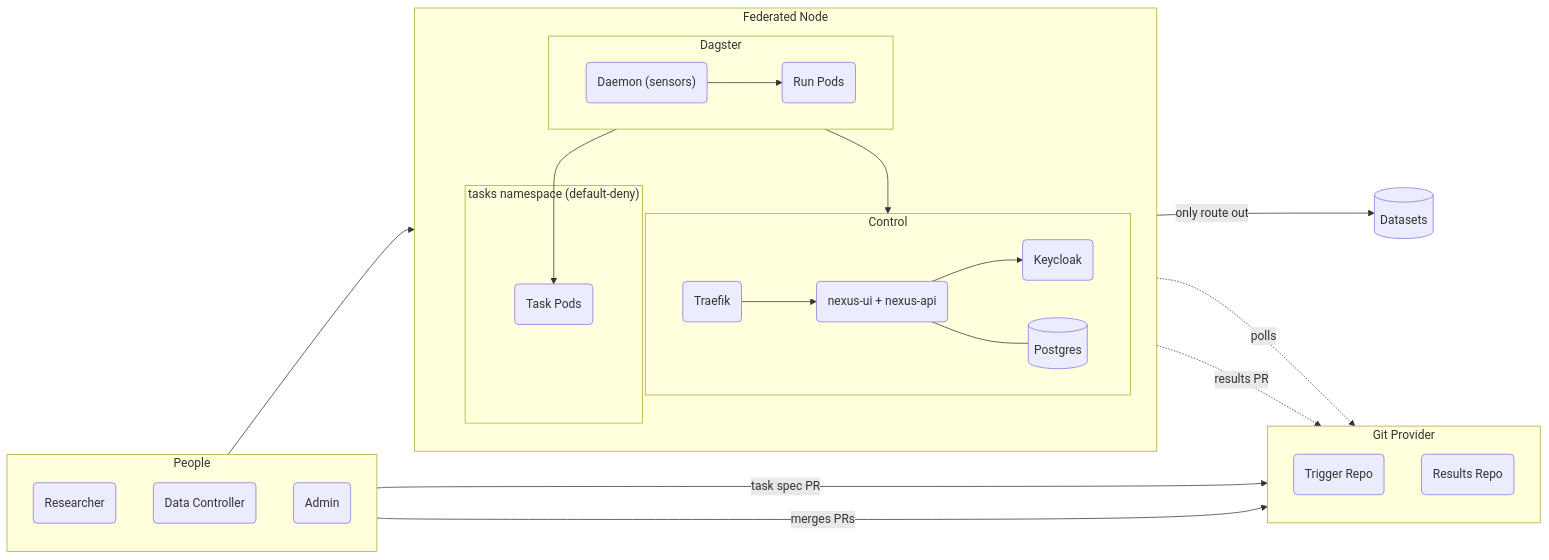
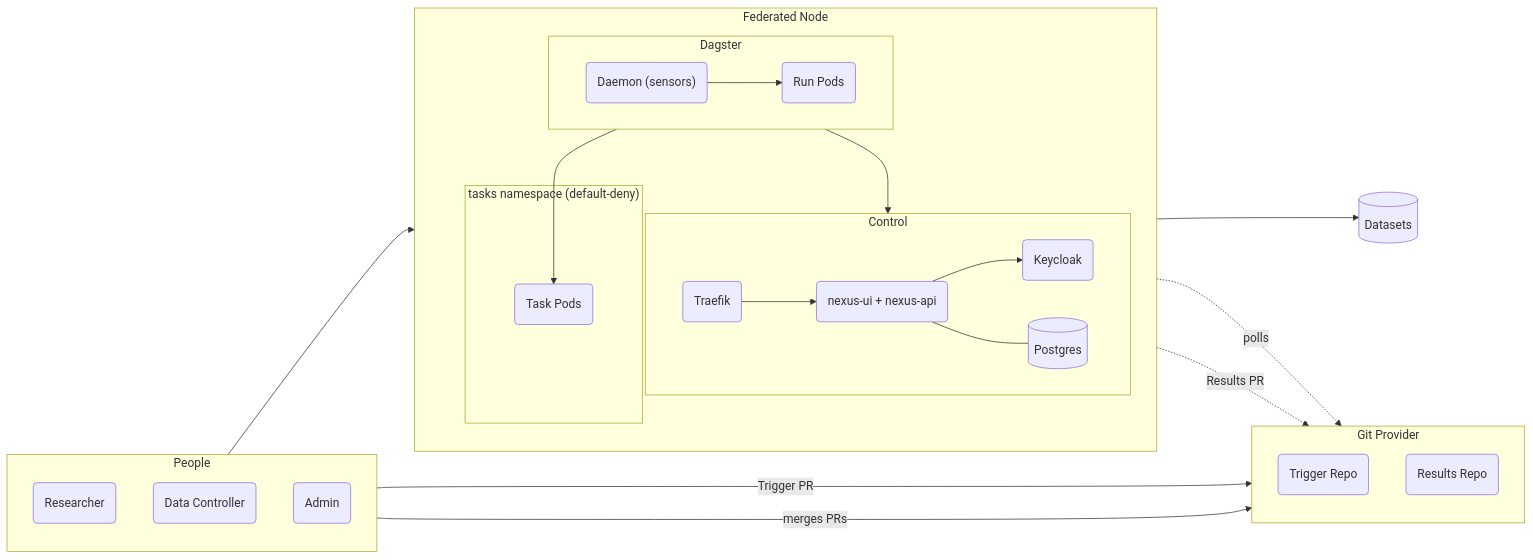
Before and after one commit to Aridhia-Open-Source/PHEMS_federated_node: the second of 2 diagrams in README.md, drawn with Mermaid. The commit also changed 1 other file, not shown here.

Commit message:
docs: architecture diagram labels: Trigger PR, Results PR, no route note

````diff
--- a/README.md
+++ b/README.md
@@ -32,42 +32,42 @@
 ```mermaid
 flowchart LR
   subgraph People["People"]
     direction TB
     Researcher("Researcher")
     DataController("Data Controller")
     Admin("Admin")
   end
 
   subgraph GitProvider["Git Provider"]
     direction TB
     TriggerRepo("Trigger Repo")
     ResultsRepo("Results Repo")
   end
 
   subgraph FederatedNode["Federated Node"]
     direction TB
     subgraph Control["Control"]
       direction LR
       Traefik("Traefik") --> Nexus("nexus-ui + nexus-api") --> Keycloak("Keycloak")
       Nexus --- Postgres[("Postgres")]
     end
     subgraph Dagster["Dagster"]
       direction LR
       Daemon("Daemon (sensors)") --> RunPods("Run Pods")
     end
     subgraph Tasks["tasks namespace (default-deny)"]
       TaskPods("Task Pods")
     end
     Daemon --> Nexus
     RunPods --> TaskPods
   end
 
   Datasets[("Datasets")]
 
-  Researcher -->|"task spec PR"| TriggerRepo
+  Researcher -->|"Trigger PR"| TriggerRepo
   DataController -->|"merges PRs"| GitProvider
   Admin --> Traefik
   Daemon -.->|"polls"| TriggerRepo
-  RunPods -.->|"results PR"| ResultsRepo
-  TaskPods -->|"only route out"| Datasets
+  RunPods -.->|"Results PR"| ResultsRepo
+  TaskPods --> Datasets
 ```
````
